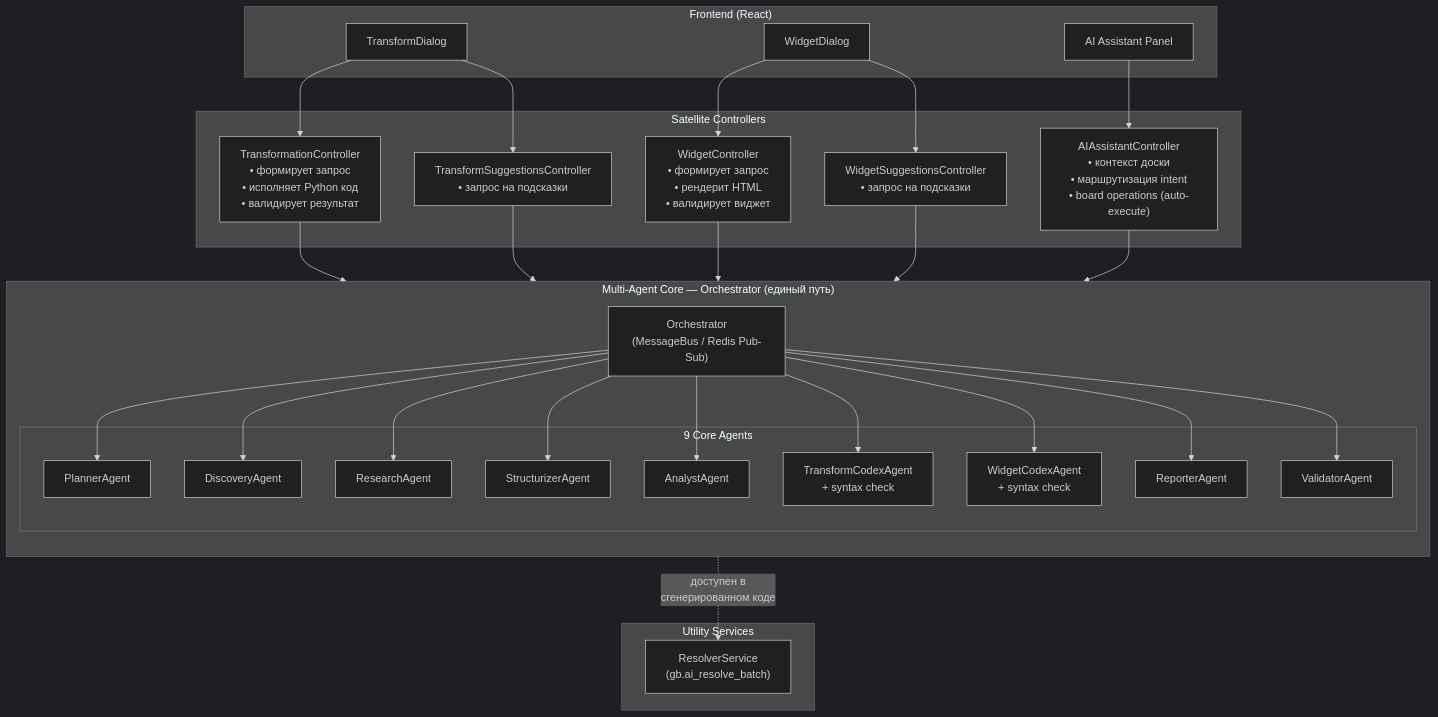
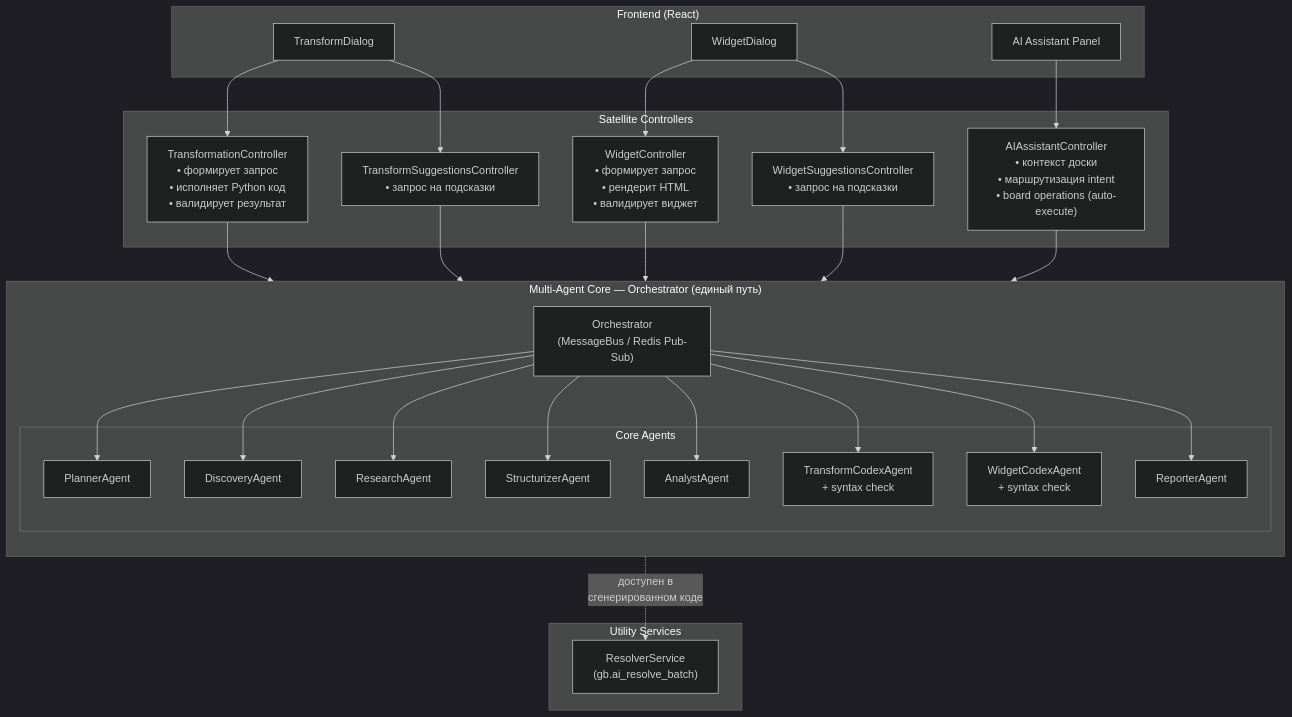
The first of 10 diagrams in docs/MULTI_AGENT.md (sgalex/gigaboard), drawn with Mermaid (dark theme) before and after one commit. The commit also changed other lines of this file and 97 other files, not shown here.

````diff
--- a/docs/MULTI_AGENT.md
+++ b/docs/MULTI_AGENT.md
@@ -77,57 +77,55 @@
 ```mermaid
 flowchart TB
     subgraph UI["Frontend (React)"]
         TD["TransformDialog"]
         WD["WidgetDialog"]
         AP["AI Assistant Panel"]
     end
 
     subgraph SATELLITES["Satellite Controllers"]
         TDCA["TransformationController\n• формирует запрос\n• исполняет Python код\n• валидирует результат"]
         TSCA["TransformSuggestionsController\n• запрос на подсказки"]
         WDCA["WidgetController\n• формирует запрос\n• рендерит HTML\n• валидирует виджет"]
         WSCA["WidgetSuggestionsController\n• запрос на подсказки"]
         AACA["AIAssistantController\n• контекст доски\n• маршрутизация intent\n• board operations (auto-execute)"]
     end
 
     subgraph ENGINE["Multi-Agent Core — Orchestrator (единый путь)"]
         direction TB
         ORCH["Orchestrator\n(MessageBus / Redis Pub-Sub)"]
         
-        subgraph AGENTS["9 Core Agents"]
+        subgraph AGENTS["Core Agents"]
             PA["PlannerAgent"]
             DA["DiscoveryAgent"]
             RA["ResearchAgent"]
             SA["StructurizerAgent"]
             AA["AnalystAgent"]
             CXA["TransformCodexAgent\n+ syntax check"]
             WCXA["WidgetCodexAgent\n+ syntax check"]
             REP["ReporterAgent"]
-            VA["ValidatorAgent"]
         end
 
         ORCH --> PA
         ORCH --> DA
         ORCH --> RA
         ORCH --> SA
         ORCH --> AA
         ORCH --> CXA
         ORCH --> WCXA
         ORCH --> REP
-        ORCH --> VA
     end
 
     subgraph UTILS["Utility Services"]
         RES["ResolverService\n(gb.ai_resolve_batch)"]
     end
 
     TD --> TDCA & TSCA
     WD --> WDCA & WSCA
     AP --> AACA
     TDCA --> ORCH
     TSCA --> ORCH
     WDCA --> ORCH
     WSCA --> ORCH
     AACA --> ORCH
     CXA -.->|"доступен в\nсгенерированном коде"| RES
 ```
````
